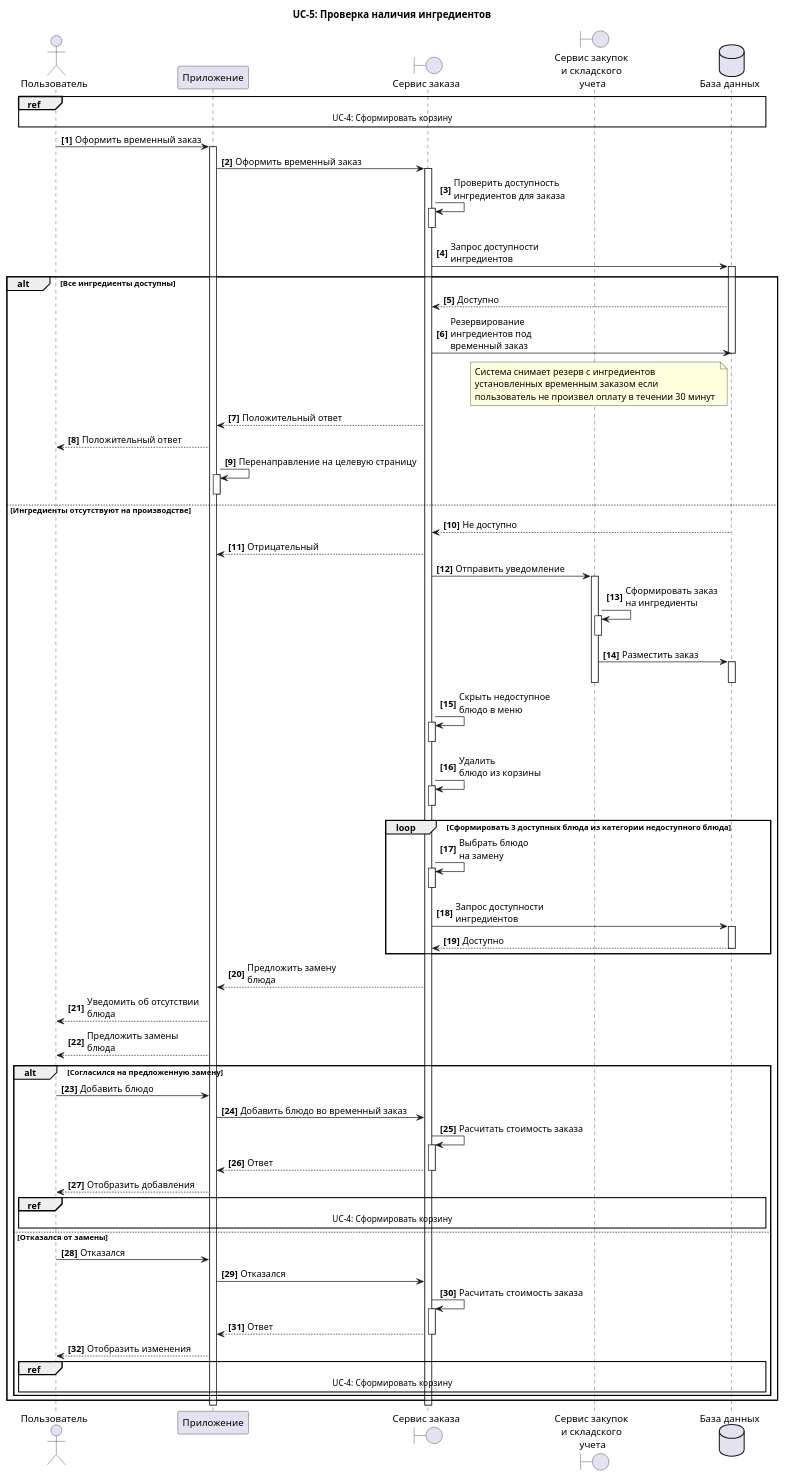
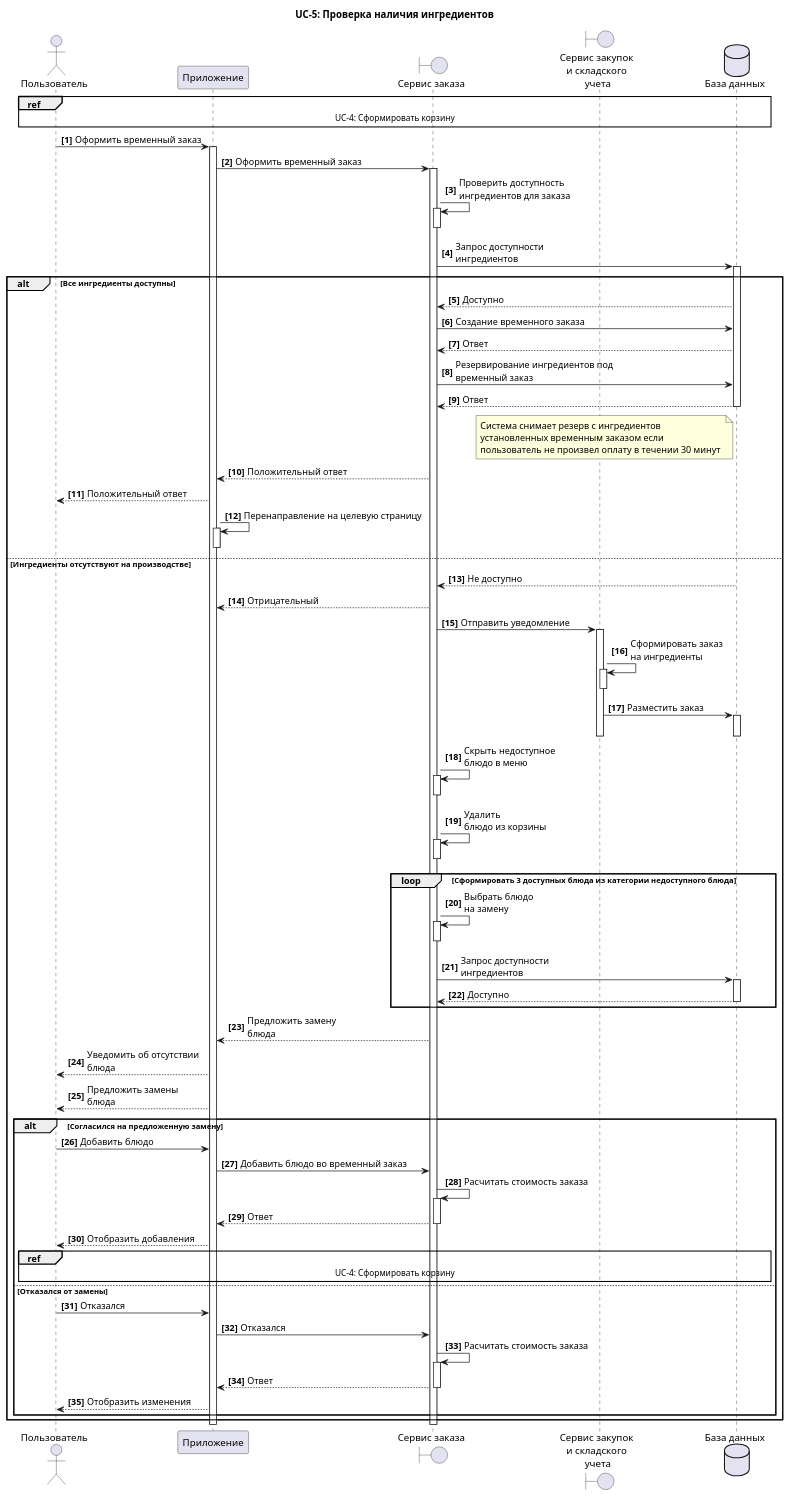
Before and after one commit to Mimitrii/RoboPoint: the diagram in 5_UML/UC_5_CheckIngredients.wsd, drawn with PlantUML. The commit also changed 8 other files, not shown here.

```diff
--- a/5_UML/UC_5_CheckIngredients.wsd
+++ b/5_UML/UC_5_CheckIngredients.wsd
@@ -1,80 +1,80 @@
 @startuml
 title UC-5: Проверка наличия ингредиентов
 actor "Пользователь" as U 
 participant  "Приложение" as A 
 boundary "Сервис заказа" as S
 boundary "Сервис закупок \nи складского \nучета" as OR
 dataBase "База данных" as DB 
 autonumber "<b>[0]"  
 
 ref over U,A,S,DB
 UC-4: Сформировать корзину
 end ref
 
 U->A++: Оформить временный заказ
 A->S++: Оформить временный заказ
 S->S++: Проверить доступность\nингредиентов для заказа
 S--
 S->DB++: Запрос доступности \nингредиентов
 alt Все ингредиенты доступны
 DB-->S:Доступно
-S->DB: Резервирование \nингредиентов под \nвременный заказ
+S->DB: Создание временного заказа
+DB-->S:Ответ
+S->DB: Резервирование ингредиентов под \nвременный заказ
+DB-->S:Ответ
 note left of DB
  Система снимает резерв с ингредиентов 
  установленных временным заказом если 
  пользователь не произвел оплату в течении 30 минут 
 end note
 DB--
 S --> A: Положительный ответ
 A --> U: Положительный ответ
 A->A++:Перенаправление на целевую страницу
 A--
 
 else Ингредиенты отсутствуют на производстве 
 DB-->S--:Не доступно
 S --> A: Отрицательный 
 S -> OR++: Отправить уведомление 
 OR -> OR++: Сформировать заказ \nна ингредиенты  
 OR--
 OR -> DB++: Разместить заказ 
 OR--
 DB--
 S->S++: Скрыть недоступное \nблюдо в меню
 S--
 S->S++: Удалить \nблюдо из корзины
 S--
 loop Сформировать 3 доступных блюда из категории недоступного блюда
 S->S++: Выбрать блюдо \nна замену
 S--
 S->DB++: Запрос доступности \nингредиентов
 return Доступно
 end
 S--> A : Предложить замену \nблюда
 A --> U : Уведомить об отсутствии \nблюда
 A --> U : Предложить замены \nблюда
 
 alt Согласился на предложенную замену
 U->A: Добавить блюдо 
 A->S: Добавить блюдо во временный заказ
 S->S++: Расчитать стоимость заказа
 S-->A--:Ответ
 A-->U: Отобразить добавления
 ref over U,A,S,DB
 UC-4: Сформировать корзину
 end ref
 
 else Отказался от замены
 U->A: Отказался 
 A->S: Отказался
 S->S++: Расчитать стоимость заказа
 S-->A--:Ответ
 A-->U: Отобразить изменения
 
-ref over U,A,S,DB
-UC-4: Сформировать корзину
-end ref
 end
 end
 A--
 S--
 @enduml
```
